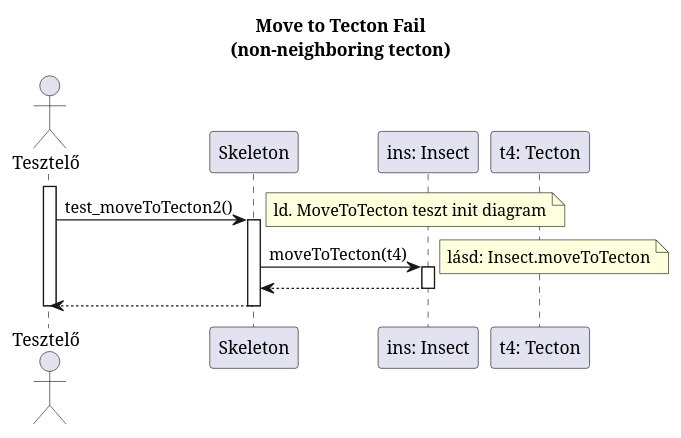
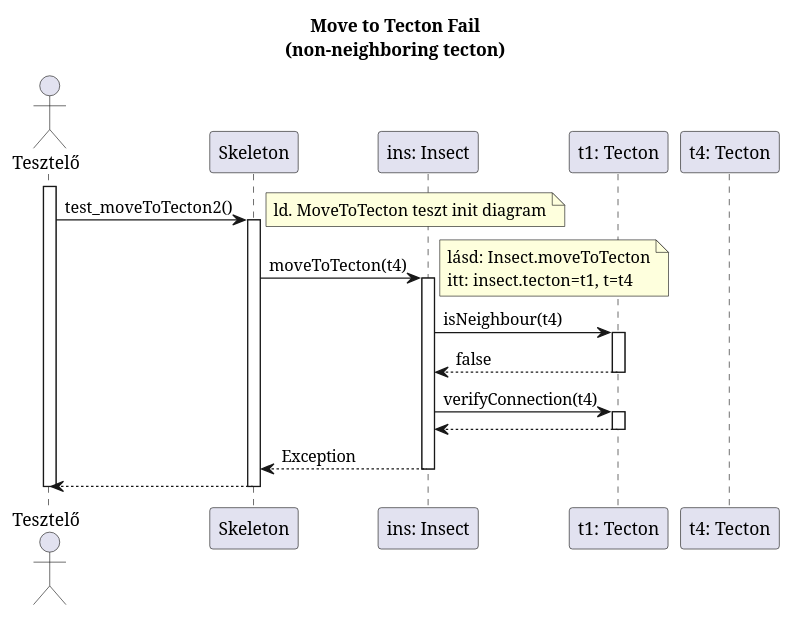
One commit to dzsem/projlab changed the diagram in diagrams/test-sequence/insect/moveToTecton2.plantuml. Above: the diagram before and after it, drawn with PlantUML. The commit also changed 3 other files, not shown here.

Commit message:
Update moveToTecton test diagrams

```diff
--- a/diagrams/test-sequence/insect/moveToTecton2.plantuml
+++ b/diagrams/test-sequence/insect/moveToTecton2.plantuml
@@ -1,36 +1,49 @@
 @startuml test_moveToTecton2
 
 title Move to Tecton Fail\n(non-neighboring tecton)
 
 actor "Tesztelő" as t
 participant "Skeleton" as ske
 participant "ins: Insect" as i
+participant "t1: Tecton" as t1
 participant "t4: Tecton" as t4
 
 activate t
 
 t -> ske: test_moveToTecton2()
 note right: ld. MoveToTecton teszt init diagram
 activate ske
 	ske -> i: moveToTecton(t4)
 	activate i
-	note right: lásd: Insect.moveToTecton
+	note right: lásd: Insect.moveToTecton\nitt: insect.tecton=t1, t=t4
 
-	ske <-- i
+		i -> t1: isNeighbour(t4)
+		activate t1
+
+		i <-- t1: false
+		deactivate t1
+
+		i -> t1: verifyConnection(t4)
+		activate t1
+
+		i <-- t1
+		deactivate t1
+
+	ske <-- i: Exception
 	deactivate i
 
 '	opt ins.tecton != t1
 '		t -> logger: printError("test_moveToTecton2 failed")
 '		activate logger
 '
 '		t <-- logger
 '		deactivate logger
 '	end
 
 t <-- ske
 deactivate ske
 
 deactivate t
 
 
 @enduml
```
